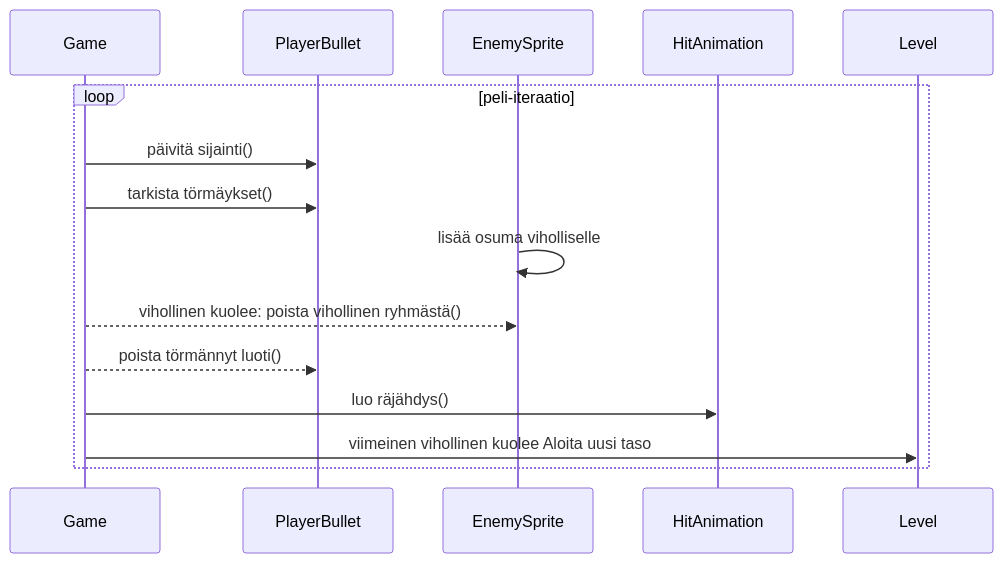
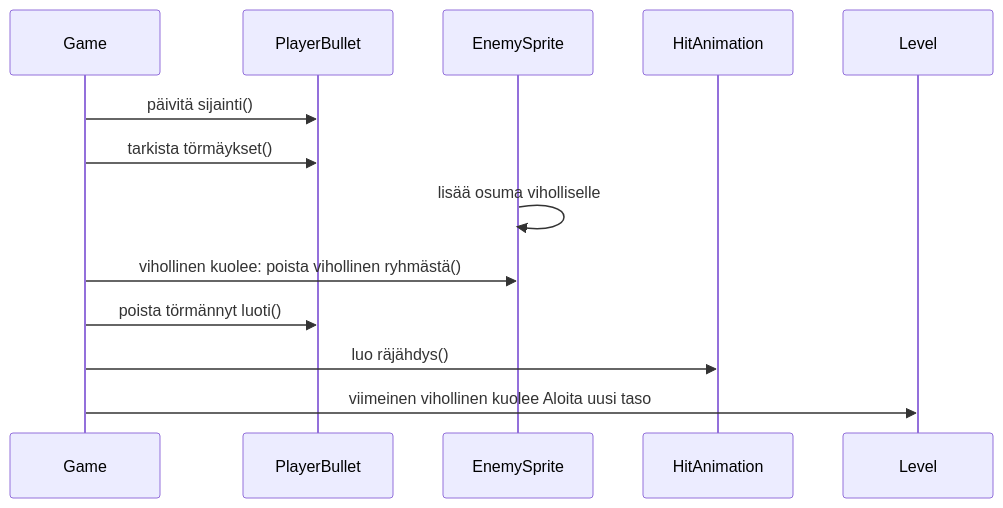
Diagram 19 of 20 in dokumentaatio/arkkitehtuuri.md (Tapir79/ot-harjoitustyo), drawn with Mermaid before and after one commit. The commit also changed other lines of this file, not shown here.

Commit message:
Update architecture

````diff
--- a/dokumentaatio/arkkitehtuuri.md
+++ b/dokumentaatio/arkkitehtuuri.md
@@ -511,23 +521,20 @@
 ```mermaid
 sequenceDiagram
     participant Game
     participant PlayerBullet
     participant EnemySprite
     participant HitAnimation
     participant Level
 
-    loop peli-iteraatio
-        Game->>PlayerBullet: päivitä sijainti()
-        Game->>PlayerBullet: tarkista törmäykset()
+    Game->>PlayerBullet: päivitä sijainti()
+    Game->>PlayerBullet: tarkista törmäykset()
 
-        EnemySprite->>EnemySprite: lisää osuma viholliselle
+    EnemySprite->>EnemySprite: lisää osuma viholliselle
+    
+    Game->>EnemySprite: vihollinen kuolee: poista vihollinen ryhmästä()
+    Game->>PlayerBullet: poista törmännyt luoti()
+    Game->>HitAnimation: luo räjähdys()
+    
+    Game->>Level: viimeinen vihollinen kuolee Aloita uusi taso
         
-        Game-->>EnemySprite: vihollinen kuolee: poista vihollinen ryhmästä()
-        Game-->>PlayerBullet: poista törmännyt luoti()
-        Game->>HitAnimation: luo räjähdys()
-        
-        Game->>Level: viimeinen vihollinen kuolee Aloita uusi taso
-        
-    end
-
 ```
````
